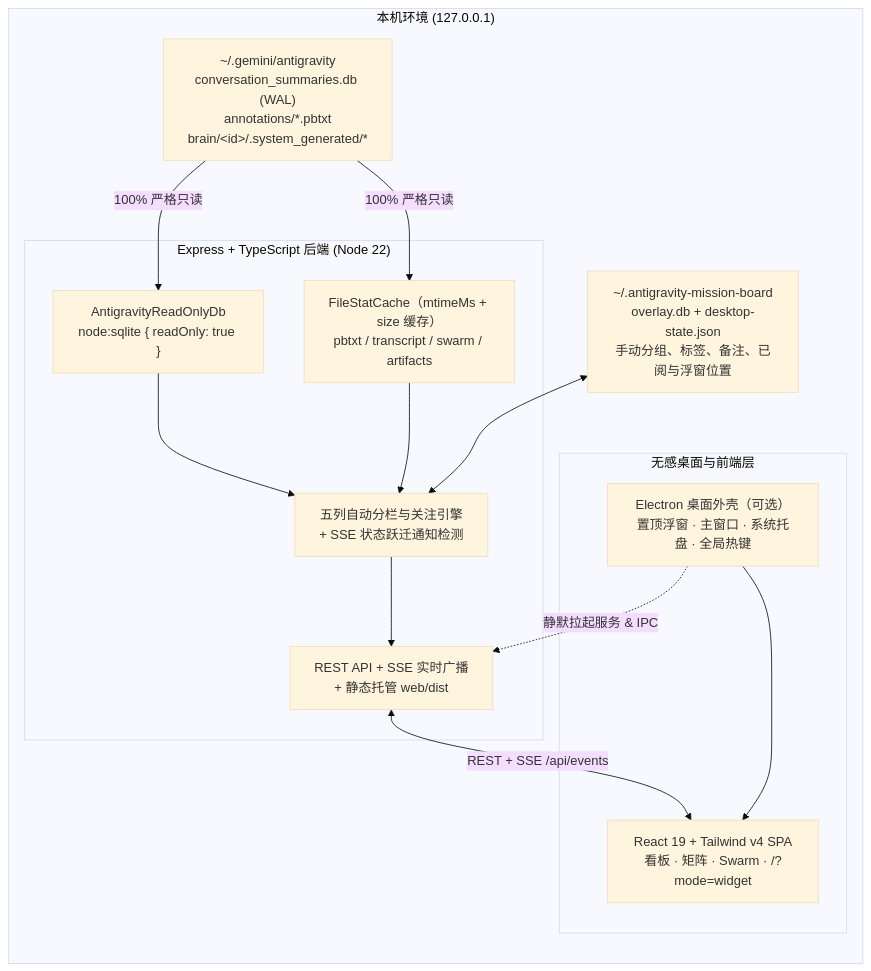
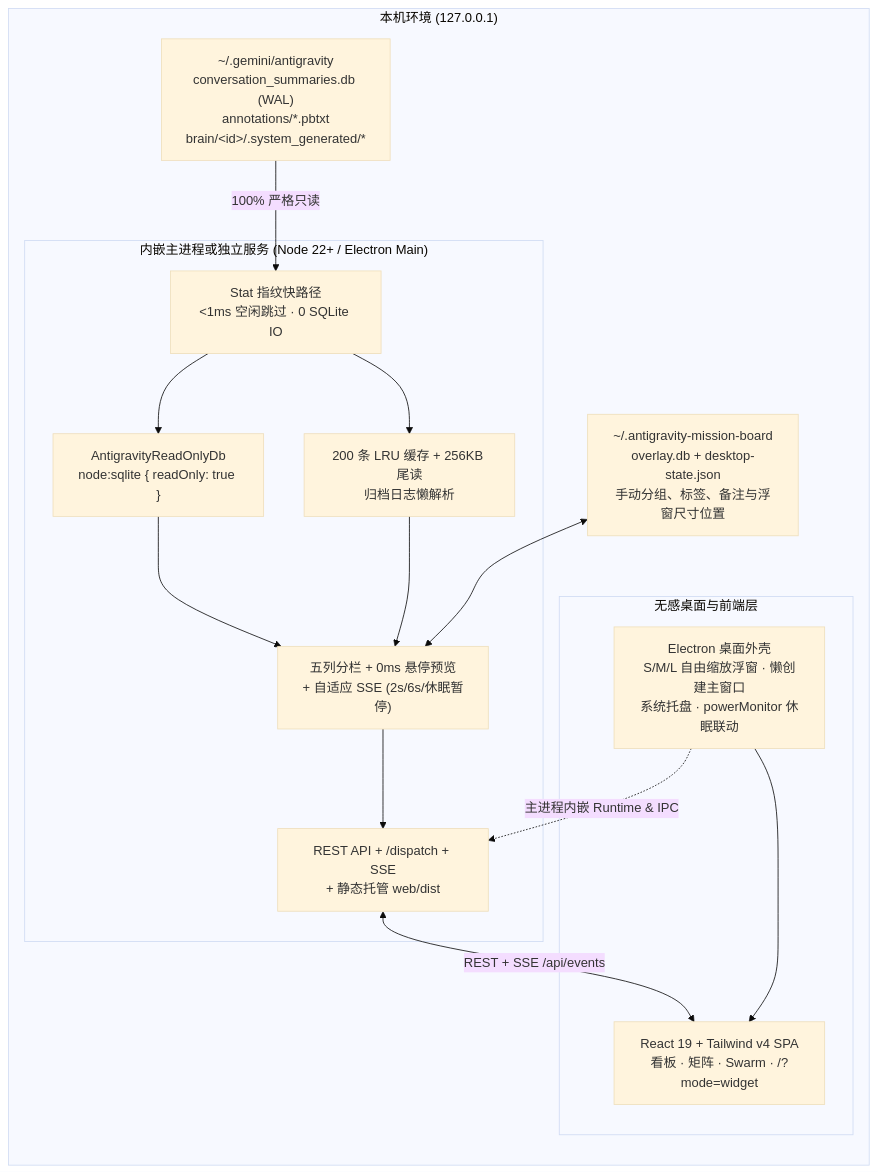
The diagram in README.zh-CN.md (Lovlace777/antigravity-mission-board), drawn with Mermaid (base theme) before and after one commit. The commit also changed other lines of this file and 35 other files, not shown here.

````diff
--- a/README.zh-CN.md
+++ b/README.zh-CN.md
@@ -165,29 +178,31 @@
 ```mermaid
 flowchart LR
     subgraph Local["本机环境 (127.0.0.1)"]
         AG["~/.gemini/antigravity<br/>conversation_summaries.db (WAL)<br/>annotations/*.pbtxt<br/>brain/&lt;id&gt;/.system_generated/*"]
-        OV["~/.antigravity-mission-board<br/>overlay.db + desktop-state.json<br/>手动分组、标签、备注、已阅与浮窗位置"]
+        OV["~/.antigravity-mission-board<br/>overlay.db + desktop-state.json<br/>手动分组、标签、备注与浮窗尺寸位置"]
 
-        subgraph Server["Express + TypeScript 后端 (Node 22)"]
+        subgraph Runtime["内嵌主进程或独立服务 (Node 22+ / Electron Main)"]
+            FP["Stat 指纹快路径<br/>&lt;1ms 空闲跳过 · 0 SQLite IO"]
             DB["AntigravityReadOnlyDb<br/>node:sqlite { readOnly: true }"]
-            CACHE["FileStatCache（mtimeMs + size 缓存）<br/>pbtxt / transcript / swarm / artifacts"]
-            CLS["五列自动分栏与关注引擎<br/>+ SSE 状态跃迁通知检测"]
-            API["REST API + SSE 实时广播<br/>+ 静态托管 web/dist"]
+            CACHE["200 条 LRU 缓存 + 256KB 尾读<br/>归档日志懒解析"]
+            CLS["五列分栏 + 0ms 悬停预览<br/>+ 自适应 SSE (2s/6s/休眠暂停)"]
+            API["REST API + /dispatch + SSE<br/>+ 静态托管 web/dist"]
         end
 
         subgraph Clients["无感桌面与前端层"]
-            DESK["Electron 桌面外壳（可选）<br/>置顶浮窗 · 主窗口 · 系统托盘 · 全局热键"]
+            DESK["Electron 桌面外壳<br/>S/M/L 自由缩放浮窗 · 懒创建主窗口<br/>系统托盘 · powerMonitor 休眠联动"]
             UI["React 19 + Tailwind v4 SPA<br/>看板 · 矩阵 · Swarm · /?mode=widget"]
         end
     end
 
-    AG -- "100% 严格只读" --> DB
-    AG -- "100% 严格只读" --> CACHE
+    AG -- "100% 严格只读" --> FP
+    FP --> DB
+    FP --> CACHE
     DB --> CLS
     CACHE --> CLS
     OV <--> CLS
     CLS --> API
-    DESK -. "静默拉起服务 & IPC" .-> API
+    DESK -. "主进程内嵌 Runtime & IPC" .-> API
     API <-- "REST + SSE /api/events" --> UI
     DESK --> UI
 ```
````
